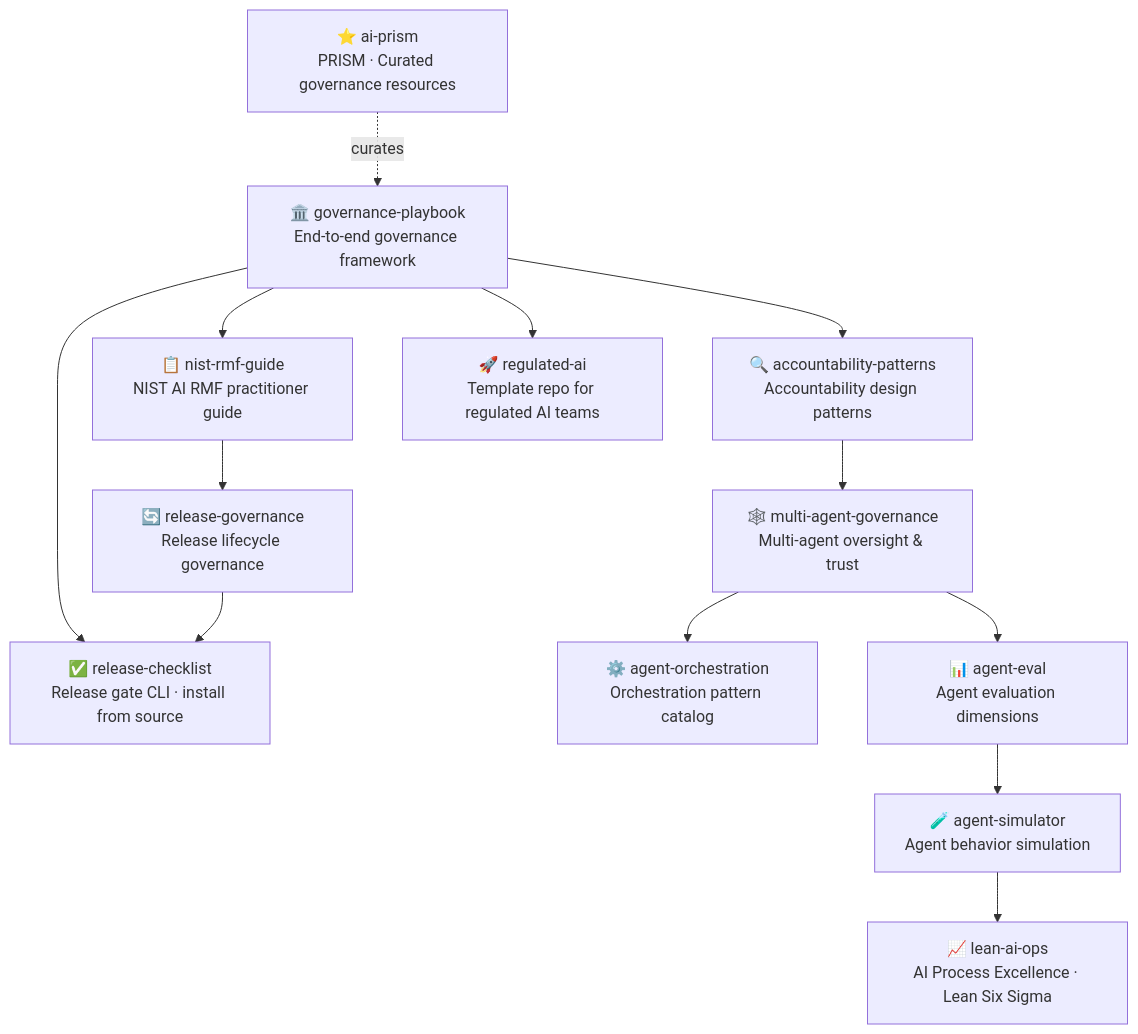
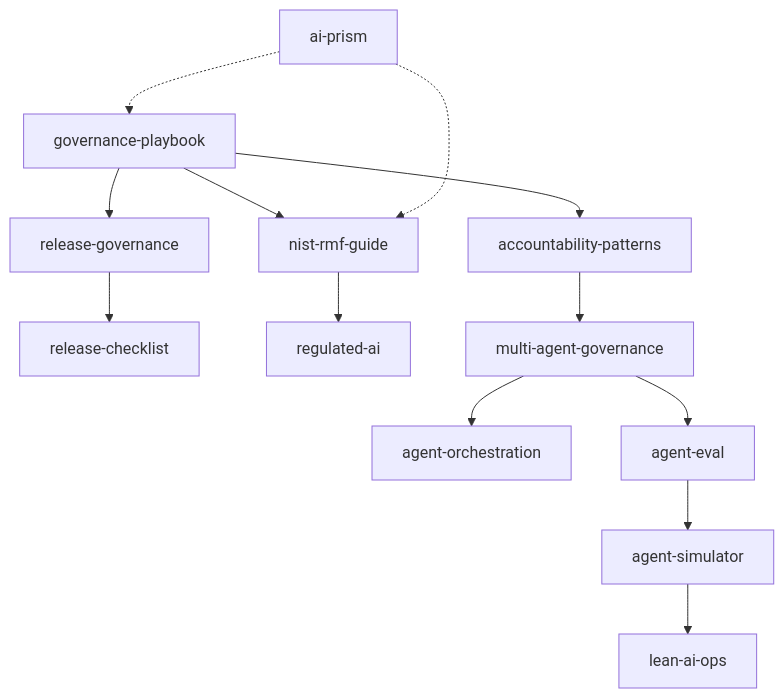
Before and after one commit to simaba/simaba: the diagram in README.md, drawn with Mermaid. The commit also changed other lines of this file, not shown here.

````diff
--- a/README.md
+++ b/README.md
@@ -18,28 +58,28 @@
 ```mermaid
 flowchart TD
-    GOV["🏛️ governance-playbook<br/>End-to-end governance framework"]
-    REL["✅ release-checklist<br/>Release gate CLI · install from source"]
-    NIST["📋 nist-rmf-guide<br/>NIST AI RMF practitioner guide"]
-    RELGOV["🔄 release-governance<br/>Release lifecycle governance"]
-    ACC["🔍 accountability-patterns<br/>Accountability design patterns"]
-    MA["🕸️ multi-agent-governance<br/>Multi-agent oversight & trust"]
-    MAOP["⚙️ agent-orchestration<br/>Orchestration pattern catalog"]
-    EVAL["📊 agent-eval<br/>Agent evaluation dimensions"]
-    SIM["🧪 agent-simulator<br/>Agent behavior simulation"]
-    LSS["📈 lean-ai-ops<br/>AI Process Excellence · Lean Six Sigma"]
-    STARTER["🚀 regulated-ai<br/>Template repo for regulated AI teams"]
-    PRISM["⭐ ai-prism<br/>PRISM · Curated governance resources"]
+    GOV["governance-playbook"]
+    NIST["nist-rmf-guide"]
+    RELGOV["release-governance"]
+    RELCHK["release-checklist"]
+    STARTER["regulated-ai"]
+    ACC["accountability-patterns"]
+    MAGOV["multi-agent-governance"]
+    ORCH["agent-orchestration"]
+    EVAL["agent-eval"]
+    SIM["agent-simulator"]
+    LSS["lean-ai-ops"]
+    PRISM["ai-prism"]
 
-    GOV --> REL
+    GOV --> RELGOV
     GOV --> NIST
-    NIST --> RELGOV
-    RELGOV --> REL
     GOV --> ACC
-    ACC --> MA
-    MA --> MAOP
-    MA --> EVAL
+    RELGOV --> RELCHK
+    NIST --> STARTER
+    ACC --> MAGOV
+    MAGOV --> ORCH
+    MAGOV --> EVAL
     EVAL --> SIM
     SIM --> LSS
-    GOV --> STARTER
-    PRISM -.->|curates| GOV
+    PRISM -.-> GOV
+    PRISM -.-> NIST
 ```
````
